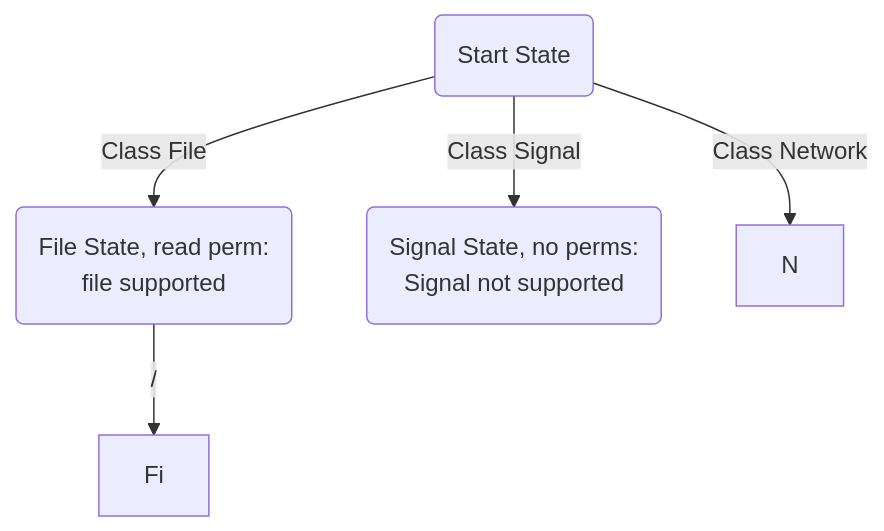
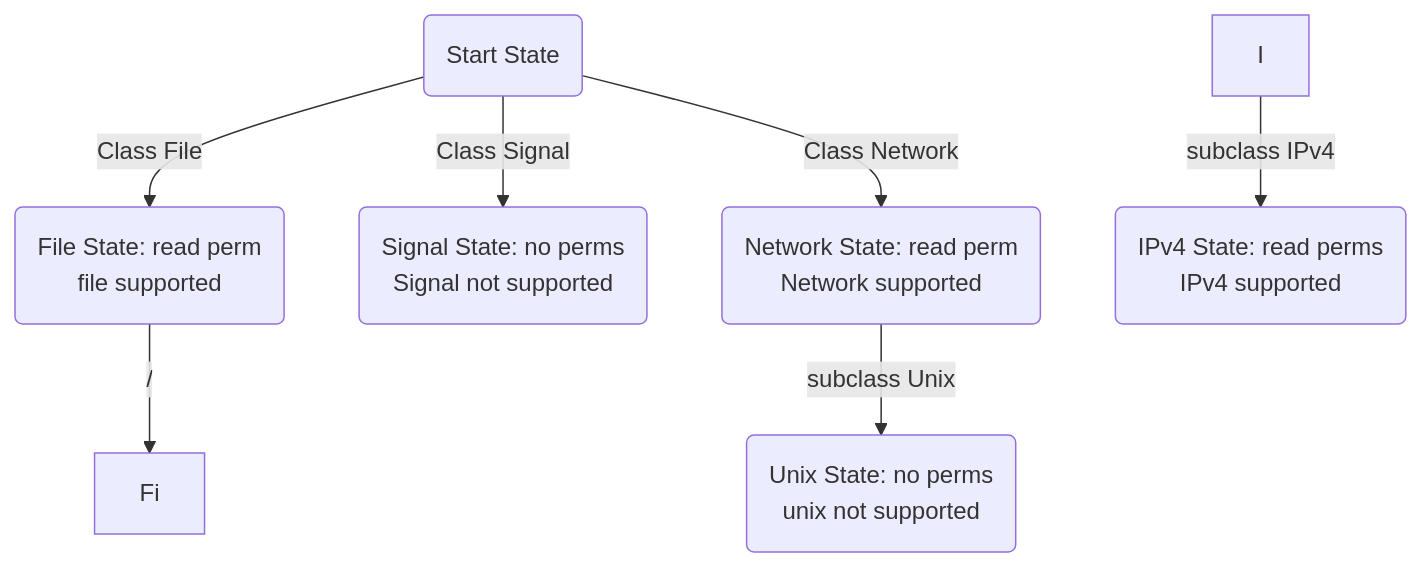
The diagram in AppArmorFeatureABI.md (youngker/apparmor-wiki), drawn with Mermaid before and after one commit.

Commit message:
Update AppArmorFeatureABI

````diff
--- a/AppArmorFeatureABI.md
+++ b/AppArmorFeatureABI.md
@@ -144,7 +144,10 @@
 ```mermaid
 graph TD;
   A(Start State) --> |Class File| F;
-  A --> |Class Signal| S(Signal State, no perms:<br> Signal not supported);
+  A --> |Class Signal| S(Signal State: no perms<br> Signal not supported);
   A --> |Class Network| N;
-  F(File State, read perm:<br> file supported) --> |/| Fi;
+  F(File State: read perm<br> file supported) --> |/| Fi;
+  N(Network State: read perm<br> Network supported) --> |subclass Unix| U(Unix State: no perms<br> unix not supported);
+  I --> |subclass IPv4| ipv4(IPv4 State: read perms<br>IPv4 supported);
+
 ```
````
